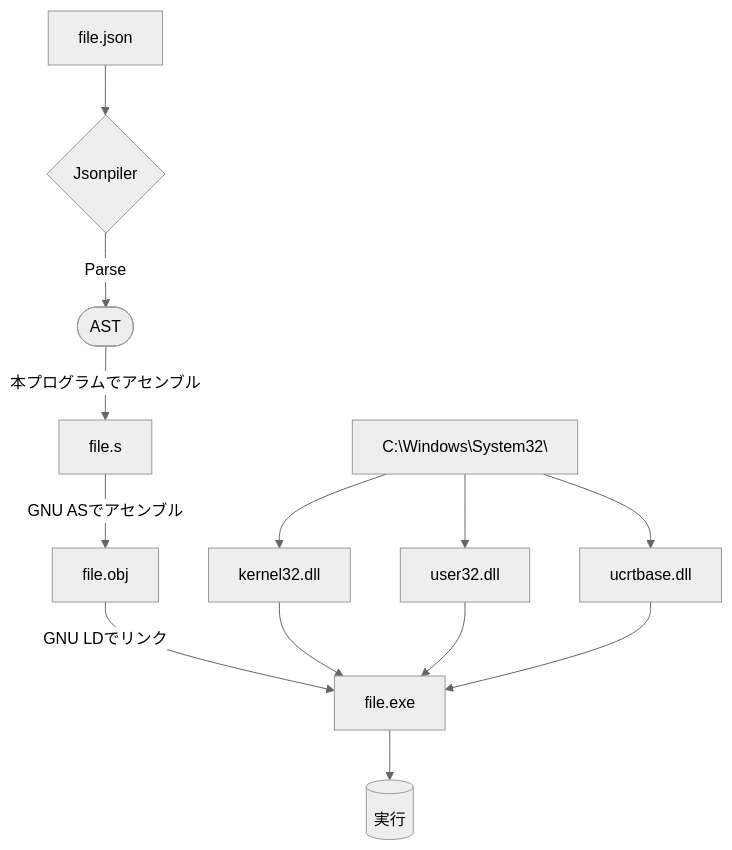
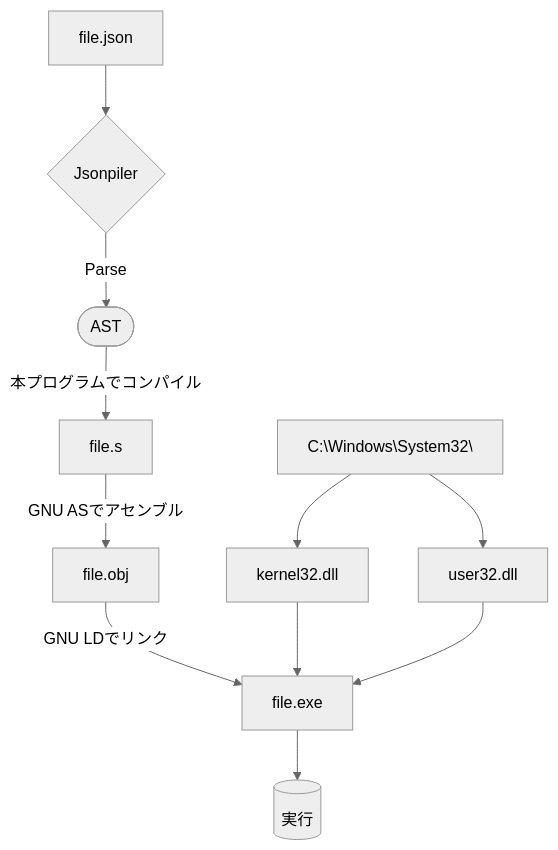
One commit to HAL-G1THuB/jsonpiler changed the diagram in README-ja.md. Above: the diagram before and after it, drawn with Mermaid (neutral theme). The commit also changed other lines of this file and 40 other files, not shown here.

````diff
--- a/README-ja.md
+++ b/README-ja.md
@@ -98,12 +98,11 @@
 ```mermaid
 graph TD
   A[file.json] --> B{Jsonpiler}
   B -->|Parse| C([AST])
-  C -->|本プログラムでアセンブル| D[file.s]
+  C -->|本プログラムでコンパイル| D[file.s]
   D --> |GNU ASでアセンブル| E[file.obj]
   E --> |GNU LDでリンク| F[file.exe]
-  S[C:\Windows\System32\] --> KERNEL32[kernel32.dll] --> F[file.exe]
-  S --> USER32[user32.dll] --> F[file.exe]
-  S --> UCRTBASE[ucrtbase.dll] --> F[file.exe]
+  S[C:\Windows\System32\] --> KERNEL32[kernel32.dll] --> F
+  S --> USER32[user32.dll] --> F
   F --> Exec[(実行)]
 ```
````
